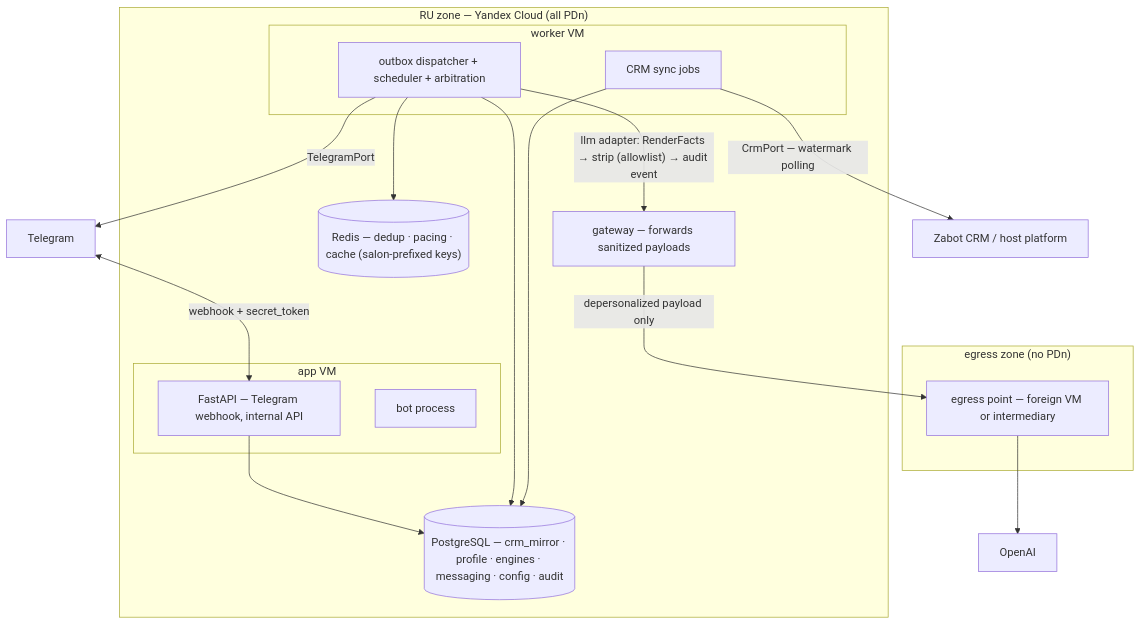
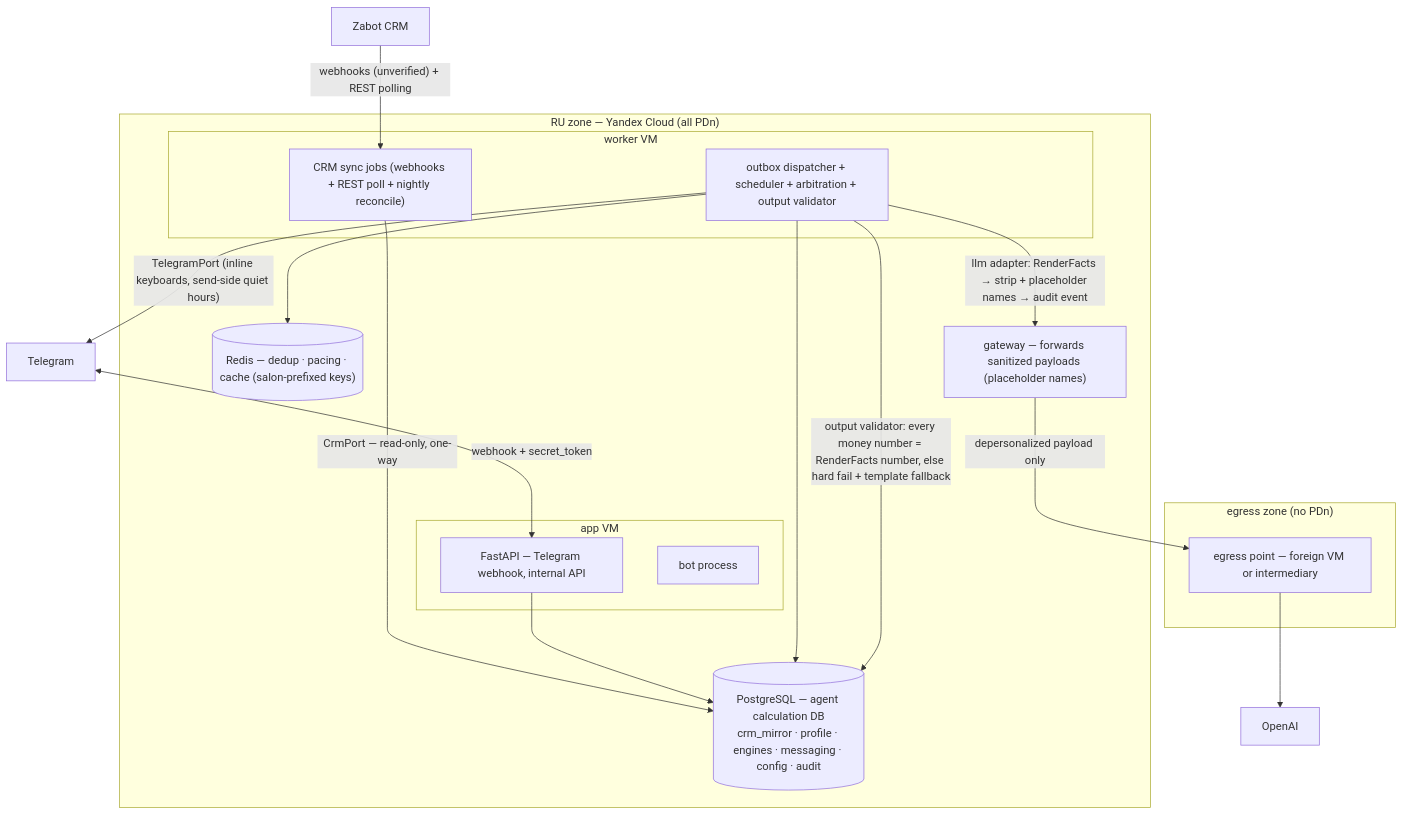
One commit to TimurKarev/zabota_mentor changed the second of 3 diagrams in _bmad-output/planning-artifacts/architecture/architecture-zabota_mentor-2026-08-18/ARCHITECTURE-SPINE.md. Above: the diagram before and after it, drawn with Mermaid. The commit also changed other lines of this file and 10 other files, not shown here.

````diff
--- a/_bmad-output/planning-artifacts/architecture/architecture-zabota_mentor-2026-08-18/ARCHITECTURE-SPINE.md
+++ b/_bmad-output/planning-artifacts/architecture/architecture-zabota_mentor-2026-08-18/ARCHITECTURE-SPINE.md
@@ -191,29 +205,30 @@
 ```mermaid
 graph TB
   subgraph RU["RU zone — Yandex Cloud (all PDn)"]
     subgraph appNode["app VM"]
       fastapi["FastAPI — Telegram webhook, internal API"]
       bot["bot process"]
     end
     subgraph workerNode["worker VM"]
-      dispatcher["outbox dispatcher + scheduler + arbitration"]
-      crmjobs["CRM sync jobs"]
+      dispatcher["outbox dispatcher + scheduler + arbitration + output validator"]
+      crmjobs["CRM sync jobs (webhooks + REST poll + nightly reconcile)"]
     end
-    PG[("PostgreSQL — crm_mirror · profile · engines · messaging · config · audit")]
+    PG[("PostgreSQL — agent calculation DB<br/>crm_mirror · profile · engines · messaging · config · audit")]
     REDIS[("Redis — dedup · pacing · cache (salon-prefixed keys)")]
-    GW["gateway — forwards sanitized payloads"]
+    GW["gateway — forwards sanitized payloads (placeholder names)"]
   end
   subgraph egress["egress zone (no PDn)"]
     EP["egress point — foreign VM or intermediary"]
   end
   TG["Telegram"] <-->|"webhook + secret_token"| fastapi
+  ZABOT["Zabot CRM"] -->|"webhooks (unverified) + REST polling"| crmjobs
+  crmjobs -->|"CrmPort — read-only, one-way"| PG
   fastapi --> PG
   dispatcher --> PG
   dispatcher --> REDIS
-  dispatcher -->|"TelegramPort"| TG
-  crmjobs -->|"CrmPort — watermark polling"| CRM["Zabot CRM / host platform"]
-  crmjobs --> PG
-  dispatcher -->|"llm adapter: RenderFacts → strip (allowlist) → audit event"| GW
+  dispatcher -->|"TelegramPort (inline keyboards, send-side quiet hours)"| TG
+  dispatcher -->|"llm adapter: RenderFacts → strip + placeholder names → audit event"| GW
   GW -->|"depersonalized payload only"| EP
   EP --> OPENAI["OpenAI"]
+  dispatcher -->|"output validator: every money number = RenderFacts number, else hard fail + template fallback"| PG
 ```
````
